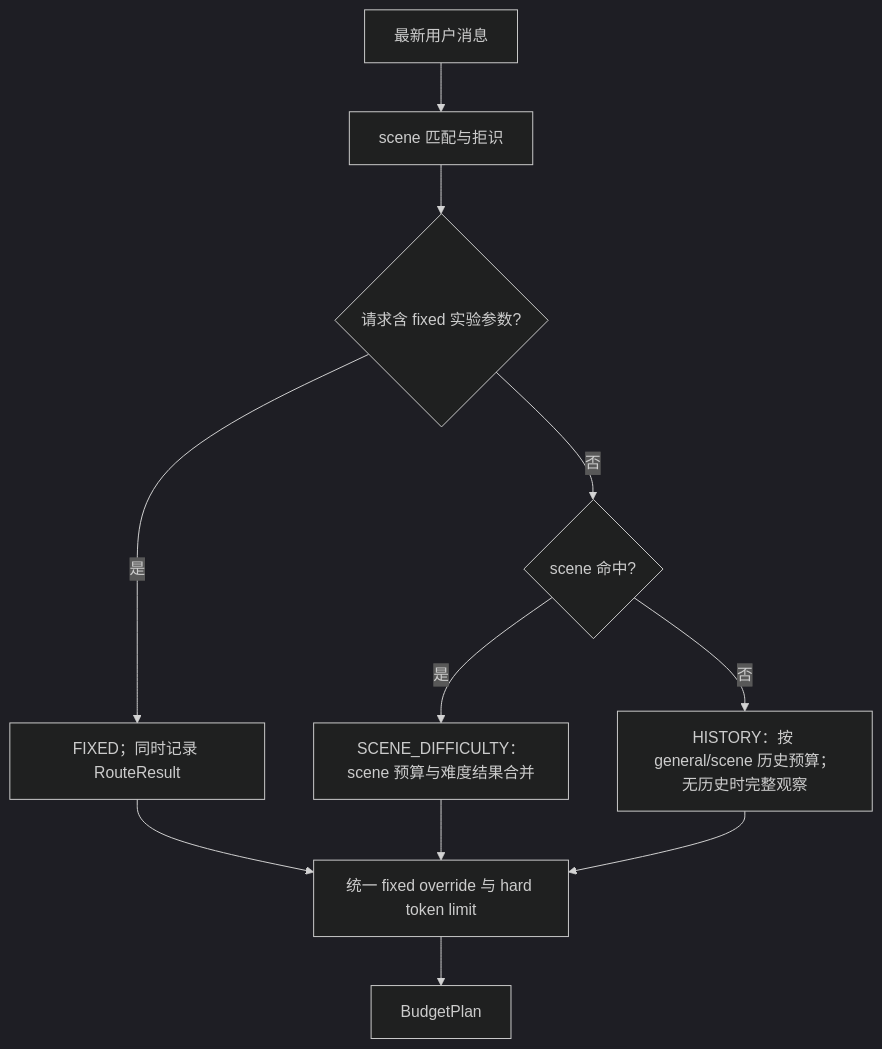
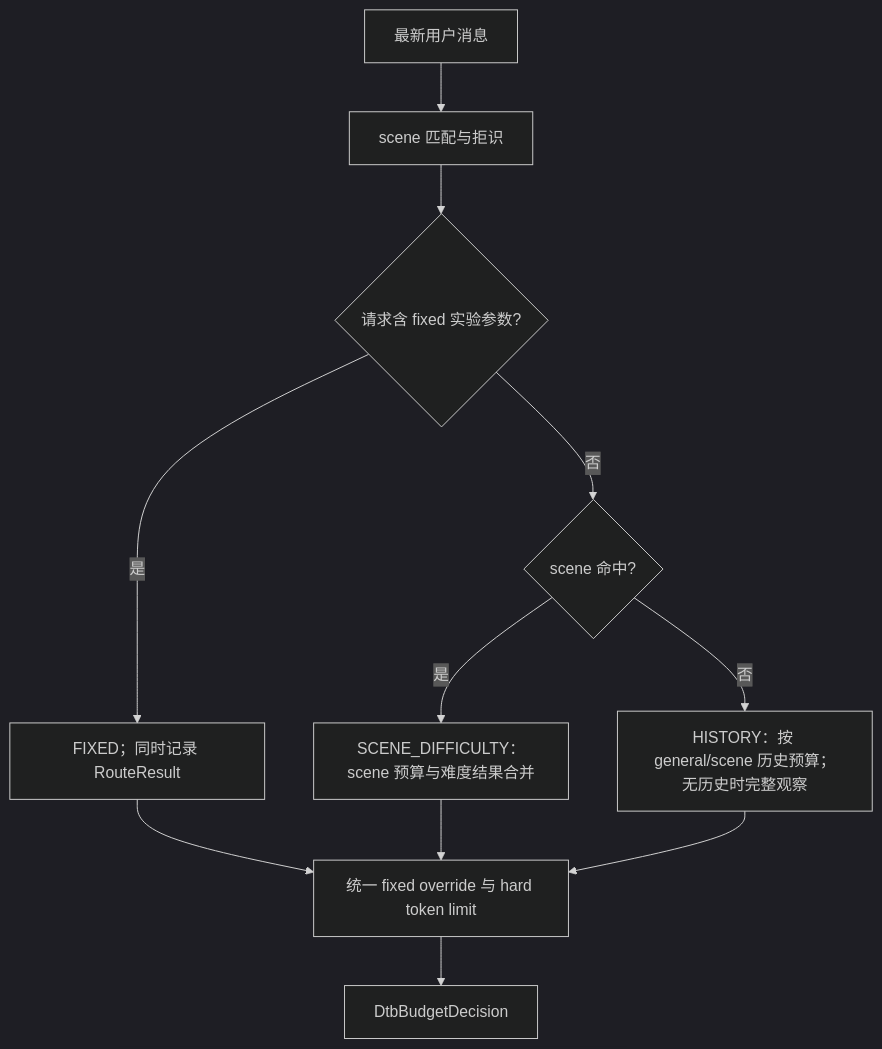
The first of 2 diagrams in docs/design/think_budget_generalization_plan.md (F00L42/TB), drawn with Mermaid (dark theme) before and after one commit. The commit also changed other lines of this file and 11 other files, not shown here.

````diff
--- a/docs/design/think_budget_generalization_plan.md
+++ b/docs/design/think_budget_generalization_plan.md
@@ -214,13 +226,13 @@
 ```mermaid
 flowchart TD
     A["最新用户消息"] --> B["scene 匹配与拒识"]
     B --> C{"请求含 fixed 实验参数?"}
     C -- "是" --> D["FIXED；同时记录 RouteResult"]
     C -- "否" --> E{"scene 命中?"}
     E -- "是" --> F["SCENE_DIFFICULTY：scene 预算与难度结果合并"]
     E -- "否" --> G["HISTORY：按 general/scene 历史预算；无历史时完整观察"]
     D --> H["统一 fixed override 与 hard token limit"]
     F --> H
     G --> H
-    H --> I["BudgetPlan"]
+    H --> I["DtbBudgetDecision"]
 ```
````
